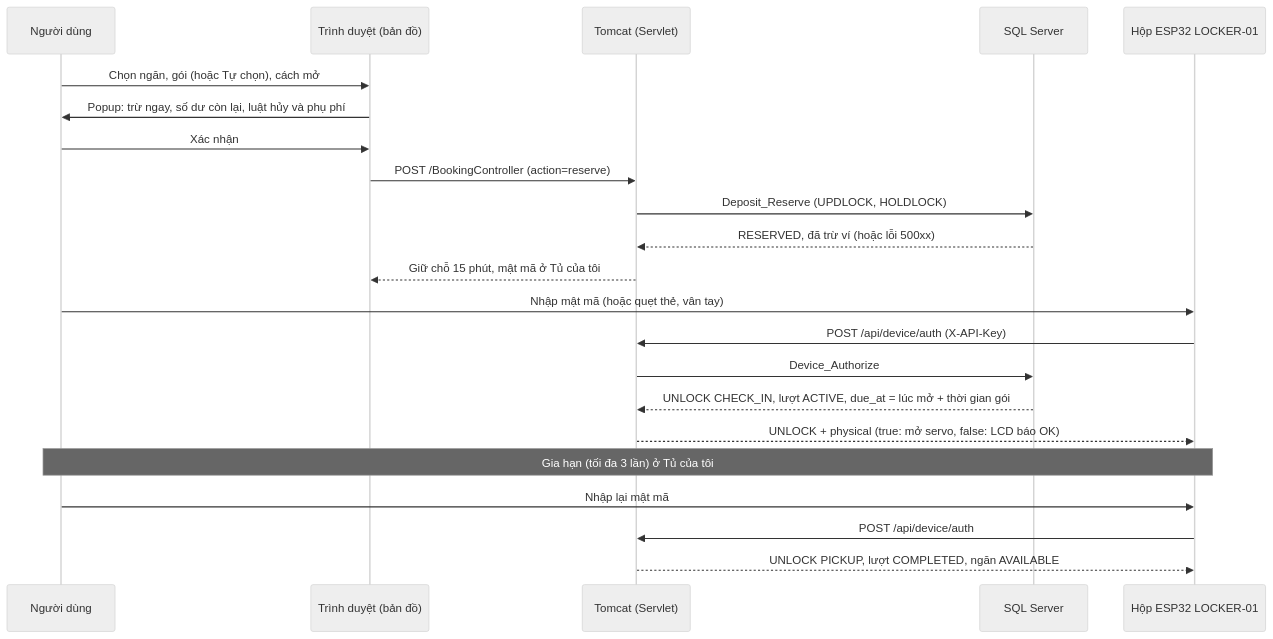
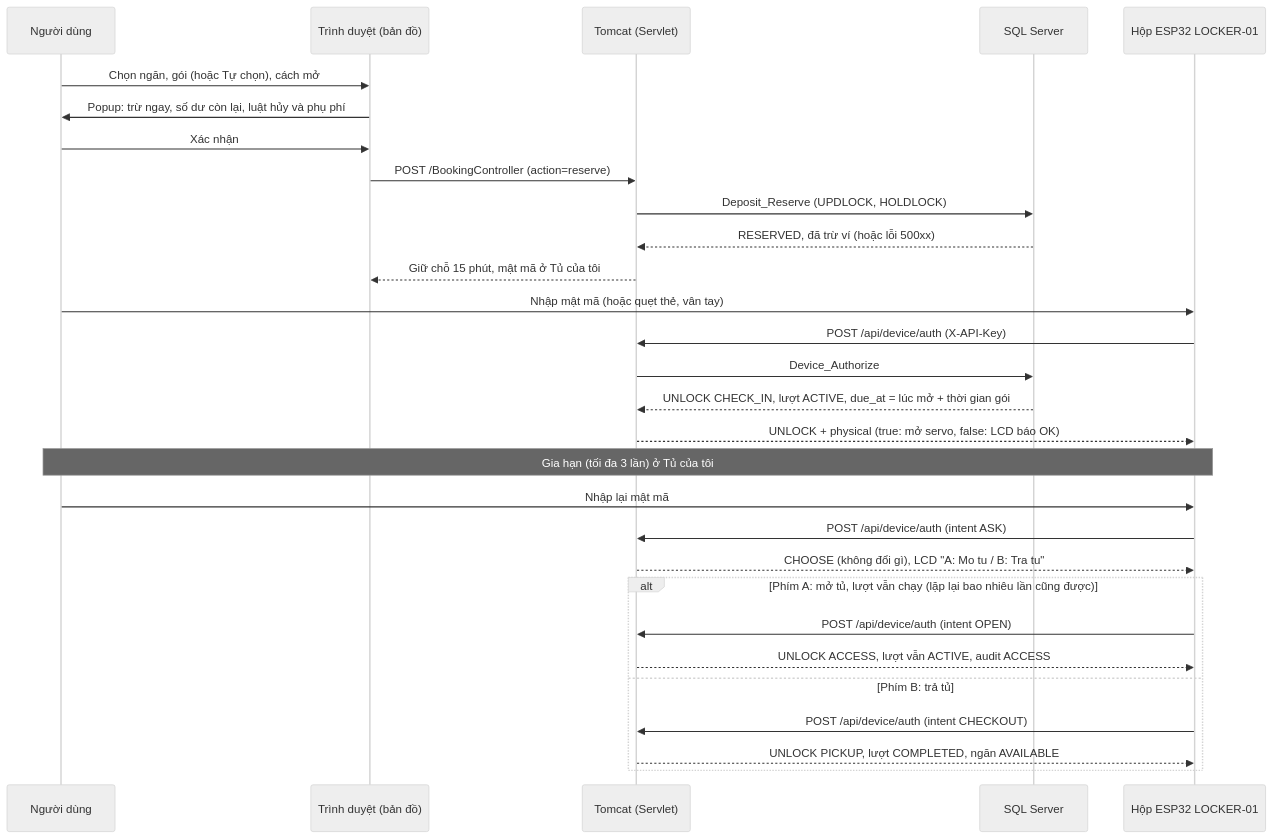
Before and after one commit to HoangDuc1003/SmartLocker: the first of 4 diagrams in README.md, drawn with Mermaid (neutral theme). The commit also changed other lines of this file and 39 other files, not shown here.

Commit message:
update RFID flowwork and modify readme refactor codebase

````diff
--- a/README.md
+++ b/README.md
@@ -293,25 +299,32 @@
 ```mermaid
 sequenceDiagram
     participant U as Người dùng
     participant W as Trình duyệt (bản đồ)
     participant S as Tomcat (Servlet)
     participant D as SQL Server
     participant B as Hộp ESP32 LOCKER-01
 
     U->>W: Chọn ngăn, gói (hoặc Tự chọn), cách mở
     W->>U: Popup: trừ ngay, số dư còn lại, luật hủy và phụ phí
     U->>W: Xác nhận
     W->>S: POST /BookingController (action=reserve)
     S->>D: Deposit_Reserve (UPDLOCK, HOLDLOCK)
     D-->>S: RESERVED, đã trừ ví (hoặc lỗi 500xx)
     S-->>W: Giữ chỗ 15 phút, mật mã ở Tủ của tôi
     U->>B: Nhập mật mã (hoặc quẹt thẻ, vân tay)
     B->>S: POST /api/device/auth (X-API-Key)
     S->>D: Device_Authorize
     D-->>S: UNLOCK CHECK_IN, lượt ACTIVE, due_at = lúc mở + thời gian gói
     S-->>B: UNLOCK + physical (true: mở servo, false: LCD báo OK)
     Note over U,B: Gia hạn (tối đa 3 lần) ở Tủ của tôi
     U->>B: Nhập lại mật mã
-    B->>S: POST /api/device/auth
-    S-->>B: UNLOCK PICKUP, lượt COMPLETED, ngăn AVAILABLE
+    B->>S: POST /api/device/auth (intent ASK)
+    S-->>B: CHOOSE (không đổi gì), LCD "A: Mo tu / B: Tra tu"
+    alt Phím A: mở tủ, lượt vẫn chạy (lặp lại bao nhiêu lần cũng được)
+        B->>S: POST /api/device/auth (intent OPEN)
+        S-->>B: UNLOCK ACCESS, lượt vẫn ACTIVE, audit ACCESS
+    else Phím B: trả tủ
+        B->>S: POST /api/device/auth (intent CHECKOUT)
+        S-->>B: UNLOCK PICKUP, lượt COMPLETED, ngăn AVAILABLE
+    end
 ```
````
